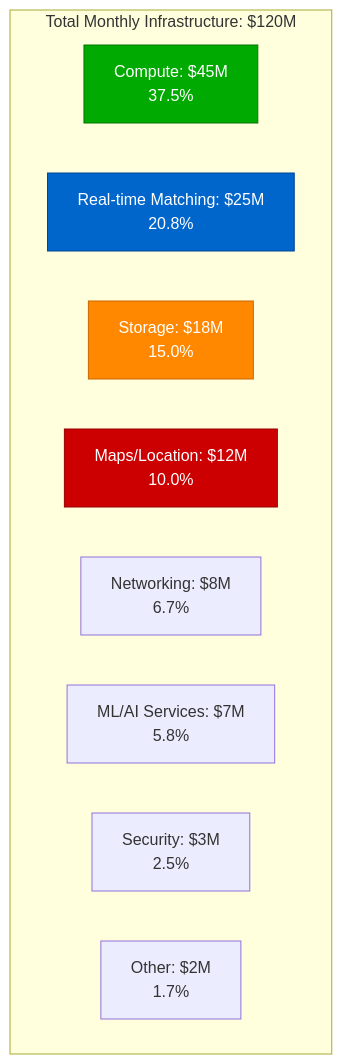
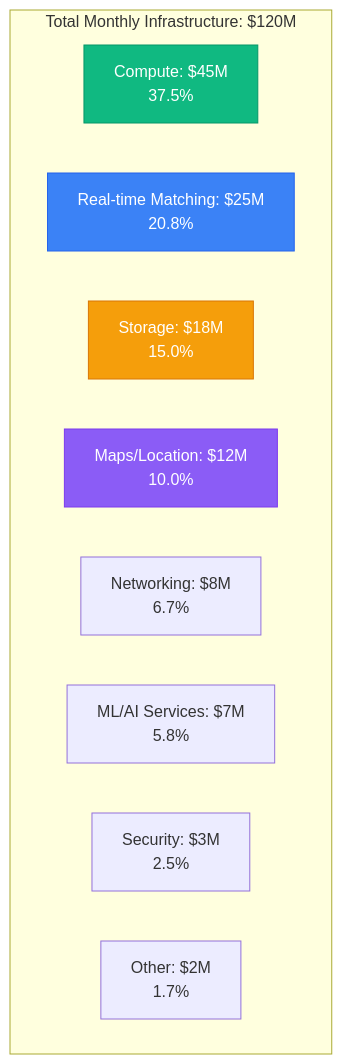
One commit to deepaucksharma/DS changed the first of 11 diagrams in site/docs/costs/uber-infrastructure-breakdown.md. Above: the diagram before and after it, drawn with Mermaid. The commit also changed other lines of this file and 187 other files, not shown here.

````diff
--- a/site/docs/costs/uber-infrastructure-breakdown.md
+++ b/site/docs/costs/uber-infrastructure-breakdown.md
@@ -9,24 +9,24 @@
 ```mermaid
 graph TB
     subgraph TotalCost[Total Monthly Infrastructure: $120M]
         COMPUTE[Compute: $45M<br/>37.5%]
         MATCHING[Real-time Matching: $25M<br/>20.8%]
         STORAGE[Storage: $18M<br/>15.0%]
         MAPS[Maps/Location: $12M<br/>10.0%]
         NETWORK[Networking: $8M<br/>6.7%]
         ML[ML/AI Services: $7M<br/>5.8%]
         SECURITY[Security: $3M<br/>2.5%]
         OTHER[Other: $2M<br/>1.7%]
     end
 
     %% Apply 4-plane colors
-    classDef computeStyle fill:#00AA00,stroke:#007700,color:#fff
-    classDef matchingStyle fill:#0066CC,stroke:#004499,color:#fff
-    classDef storageStyle fill:#FF8800,stroke:#CC6600,color:#fff
-    classDef mapsStyle fill:#CC0000,stroke:#990000,color:#fff
+    classDef computeStyle fill:#10B981,stroke:#059669,color:#fff
+    classDef matchingStyle fill:#3B82F6,stroke:#2563EB,color:#fff
+    classDef storageStyle fill:#F59E0B,stroke:#D97706,color:#fff
+    classDef mapsStyle fill:#8B5CF6,stroke:#7C3AED,color:#fff
 
     class COMPUTE computeStyle
     class MATCHING matchingStyle
     class STORAGE storageStyle
     class MAPS mapsStyle
 ```
````
